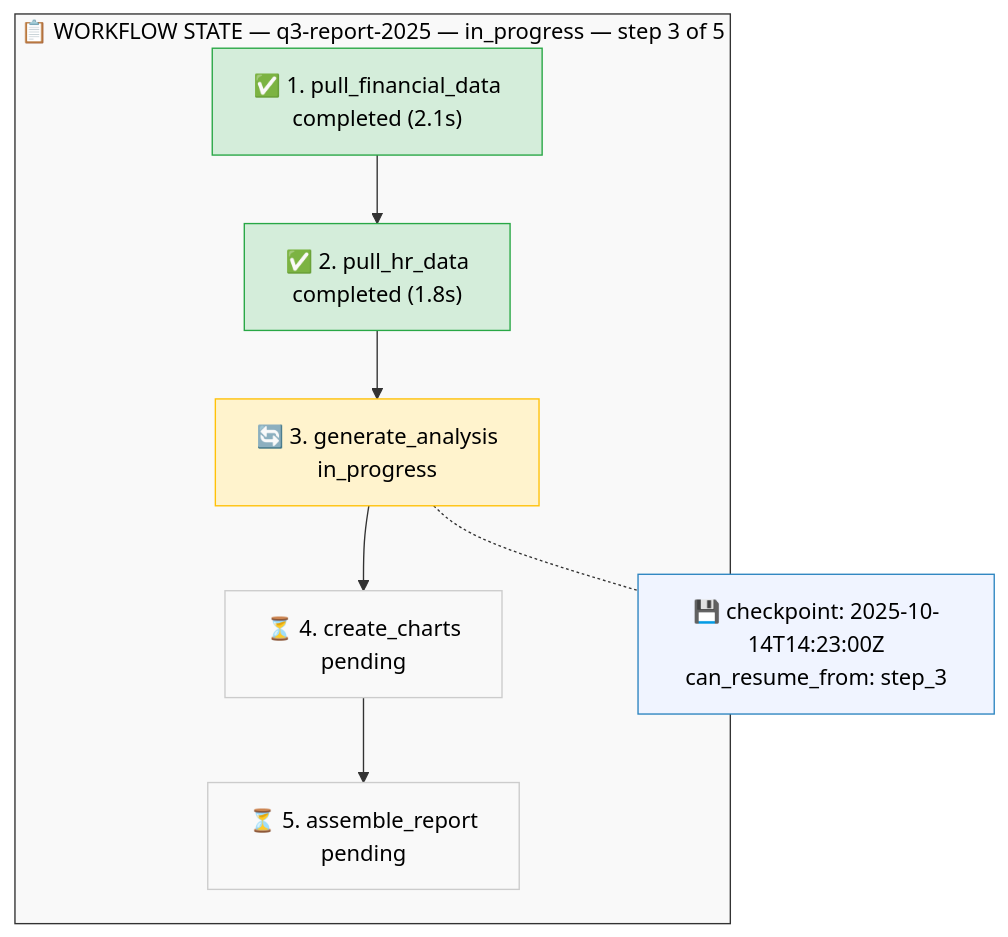
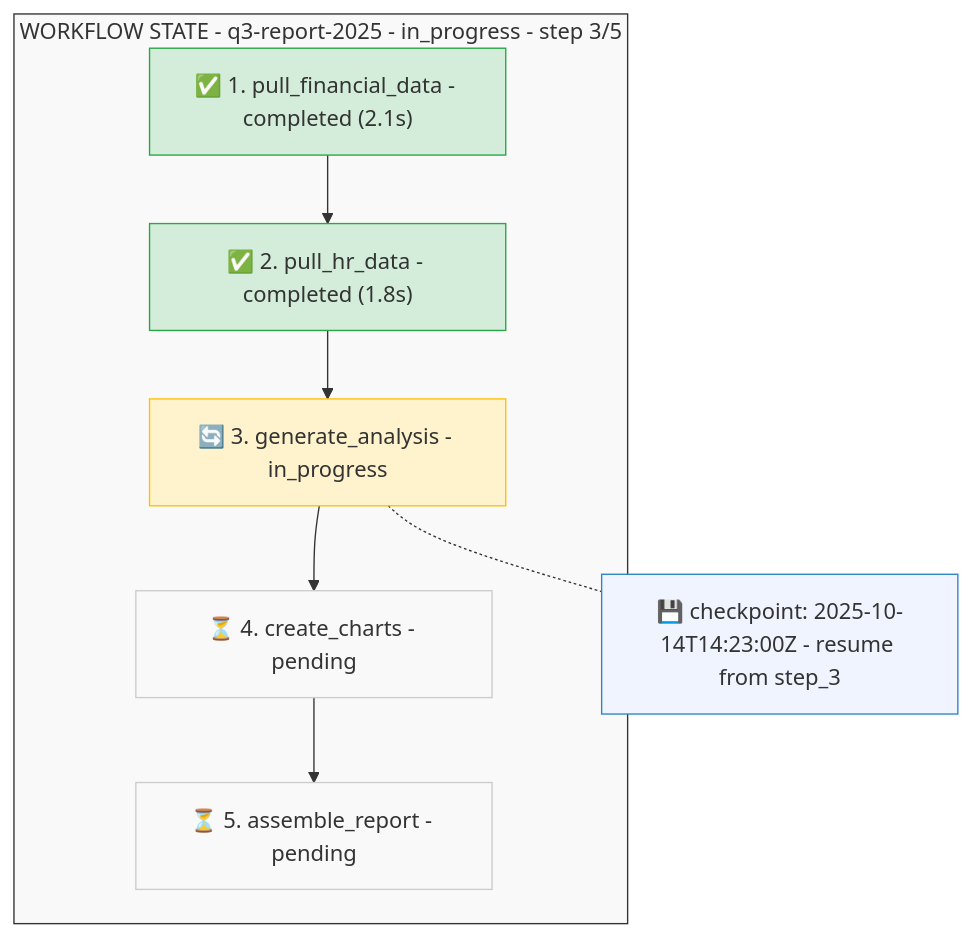
One commit to ithinktavo/GenAI-Engineering-Handbook changed the seventh of 8 diagrams in docs/09-orchestration-patterns.md. Above: the diagram before and after it, drawn with Mermaid. The commit also changed other lines of this file and 9 other files, not shown here.

First line of the commit message:
Fix Mermaid rendering: remove emoji from subgraph titles and unsupported syntax

````diff
--- a/docs/09-orchestration-patterns.md
+++ b/docs/09-orchestration-patterns.md
@@ -314,23 +314,23 @@
 ```mermaid
 graph TD
-    subgraph State ["📋 WORKFLOW STATE — q3-report-2025 — in_progress — step 3 of 5"]
-        S1["✅ 1. pull_financial_data\ncompleted (2.1s)"]
-        S2["✅ 2. pull_hr_data\ncompleted (1.8s)"]
-        S3["🔄 3. generate_analysis\nin_progress"]
-        S4["⏳ 4. create_charts\npending"]
-        S5["⏳ 5. assemble_report\npending"]
+    subgraph State ["WORKFLOW STATE - q3-report-2025 - in_progress - step 3/5"]
+        S1["✅ 1. pull_financial_data - completed (2.1s)"]
+        S2["✅ 2. pull_hr_data - completed (1.8s)"]
+        S3["🔄 3. generate_analysis - in_progress"]
+        S4["⏳ 4. create_charts - pending"]
+        S5["⏳ 5. assemble_report - pending"]
     end
 
     S1 --> S2 --> S3 --> S4 --> S5
 
-    Checkpoint["💾 checkpoint: 2025-10-14T14:23:00Z\ncan_resume_from: step_3"]
+    Checkpoint["💾 checkpoint: 2025-10-14T14:23:00Z - resume from step_3"]
     S3 -.- Checkpoint
 
-    style S1 fill:#d4edda,stroke:#28a745,color:#000
-    style S2 fill:#d4edda,stroke:#28a745,color:#000
-    style S3 fill:#fff3cd,stroke:#ffc107,color:#000
-    style S4 fill:#f9f9f9,stroke:#ccc,color:#000
-    style S5 fill:#f9f9f9,stroke:#ccc,color:#000
-    style Checkpoint fill:#f0f4ff,stroke:#2E86C1,color:#000
-    style State fill:#f9f9f9,stroke:#333,color:#000
+    style S1 fill:#d4edda,stroke:#28a745
+    style S2 fill:#d4edda,stroke:#28a745
+    style S3 fill:#fff3cd,stroke:#ffc107
+    style S4 fill:#f9f9f9,stroke:#ccc
+    style S5 fill:#f9f9f9,stroke:#ccc
+    style Checkpoint fill:#f0f4ff,stroke:#2E86C1
+    style State fill:#f9f9f9,stroke:#333
 ```
````
